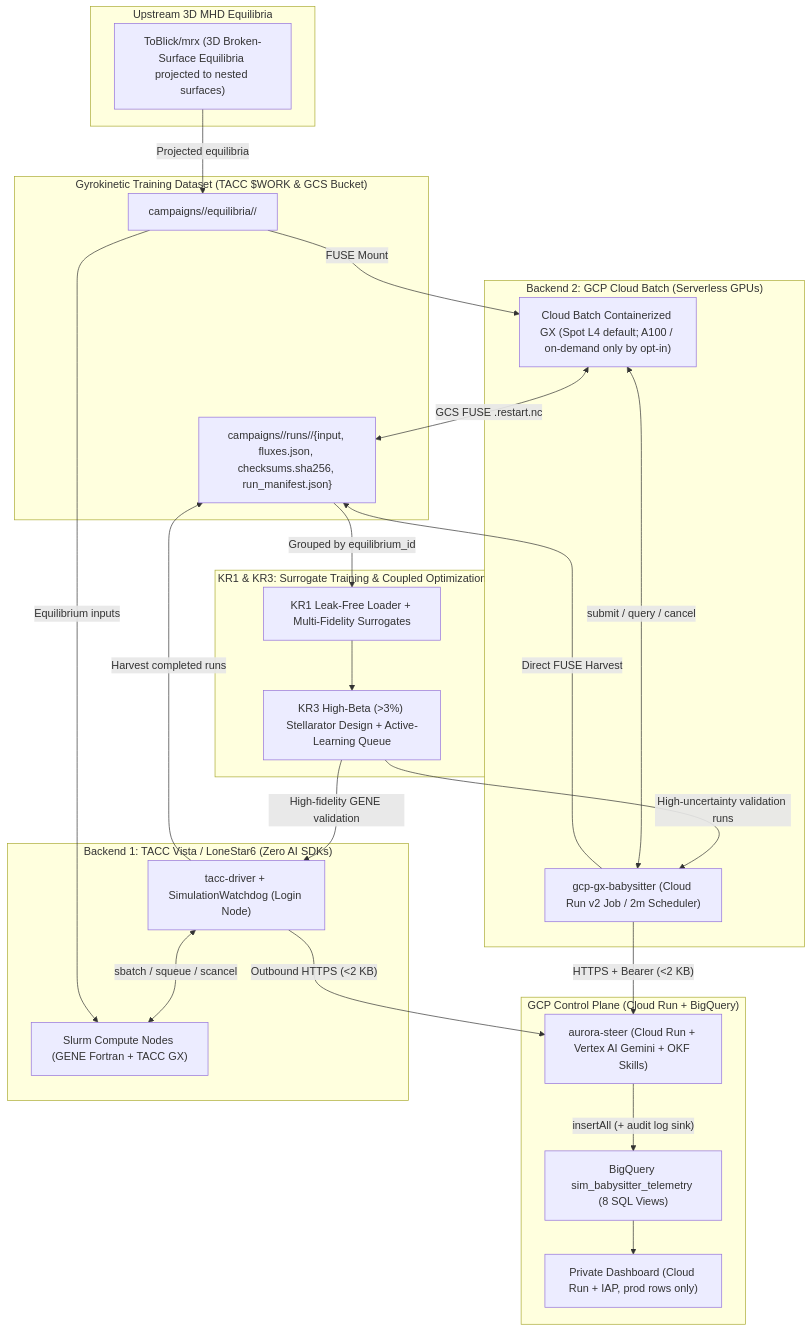
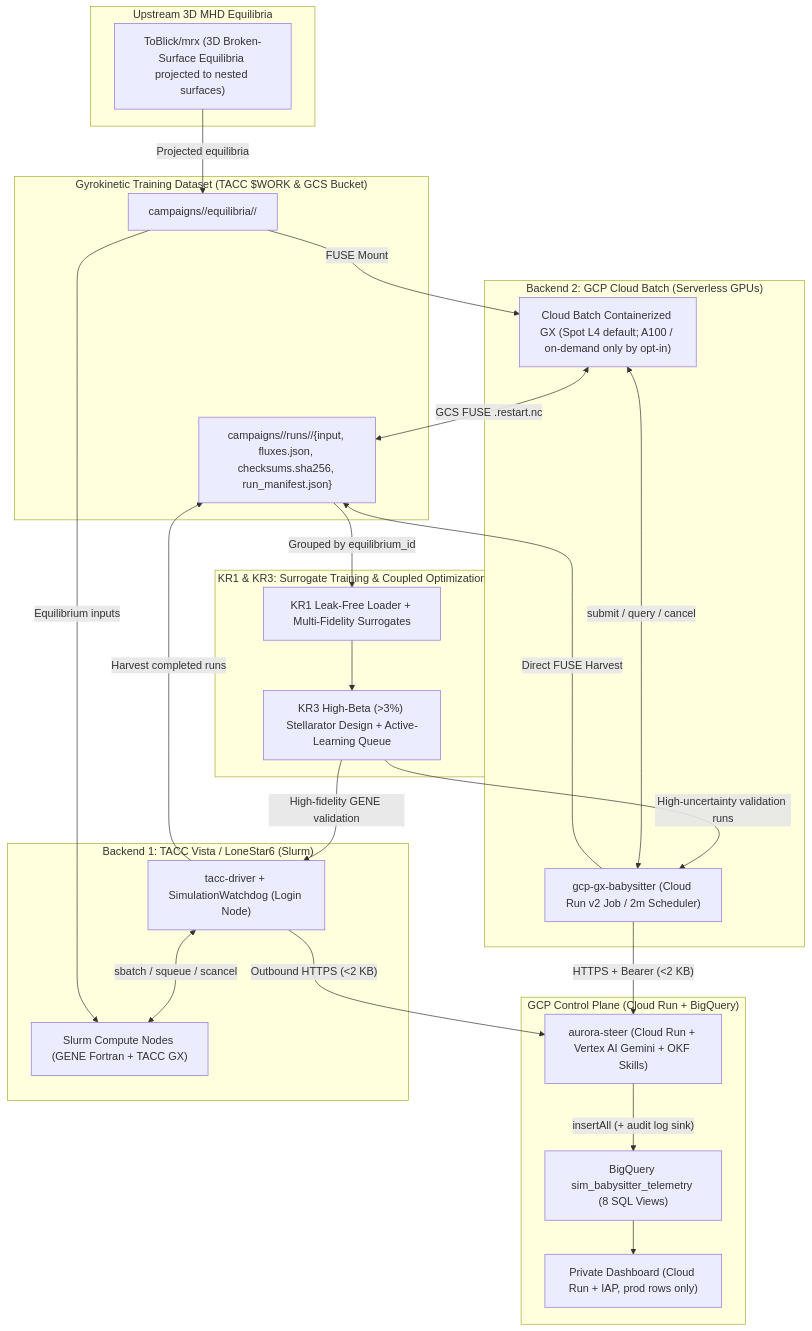
The first of 2 diagrams in docs/architecture.md (jburby88/GoogleAcceleratorAutomatedGKSimulations), drawn with Mermaid before and after one commit. The commit also changed other lines of this file and 18 other files, not shown here.

````diff
--- a/docs/architecture.md
+++ b/docs/architecture.md
@@ -5,49 +5,49 @@
 ```mermaid
 flowchart TD
     subgraph EQ["Upstream 3D MHD Equilibria"]
         MRX["ToBlick/mrx (3D Broken-Surface Equilibria projected to nested surfaces)"]
     end
 
     subgraph GCP_CTRL["GCP Control Plane (Cloud Run + BigQuery)"]
         STEER["aurora-steer (Cloud Run + Vertex AI Gemini + OKF Skills)"]
         BQ["BigQuery sim_babysitter_telemetry (8 SQL Views)"]
         DASH["Private Dashboard (Cloud Run + IAP, prod rows only)"]
         STEER -->|"insertAll (+ audit log sink)"| BQ
         BQ --> DASH
     end
 
-    subgraph TACC["Backend 1: TACC Vista / LoneStar6 (Zero AI SDKs)"]
+    subgraph TACC["Backend 1: TACC Vista / LoneStar6 (Slurm)"]
         TD["tacc-driver + SimulationWatchdog (Login Node)"]
         SLURM["Slurm Compute Nodes (GENE Fortran + TACC GX)"]
         TD <-->|"sbatch / squeue / scancel"| SLURM
     end
 
     subgraph BATCH["Backend 2: GCP Cloud Batch (Serverless GPUs)"]
         GB["gcp-gx-babysitter (Cloud Run v2 Job / 2m Scheduler)"]
         CB["Cloud Batch Containerized GX (Spot L4 default; A100 / on-demand only by opt-in)"]
         GB <-->|"submit / query / cancel"| CB
     end
 
     subgraph DATA["Gyrokinetic Training Dataset (TACC $WORK & GCS Bucket)"]
         GCS_EQ["campaigns/<id>/equilibria/<equilibrium_id>/"]
         GCS_RUNS["campaigns/<id>/runs/<run_id>/{input, fluxes.json, checksums.sha256, run_manifest.json}"]
     end
 
     subgraph ML_OPT["KR1 & KR3: Surrogate Training & Coupled Optimization"]
         KR1["KR1 Leak-Free Loader + Multi-Fidelity Surrogates"]
         KR3["KR3 High-Beta (>3%) Stellarator Design + Active-Learning Queue"]
         KR1 --> KR3
     end
 
     MRX -->|"Projected equilibria"| GCS_EQ
     GCS_EQ -->|"FUSE Mount"| CB
     GCS_EQ -->|"Equilibrium inputs"| SLURM
     TD -->|"Outbound HTTPS (<2 KB)"| STEER
     GB -->|"HTTPS + Bearer (<2 KB)"| STEER
     TD -->|"Harvest completed runs"| GCS_RUNS
     CB <-->|"GCS FUSE .restart.nc"| GCS_RUNS
     GB -->|"Direct FUSE Harvest"| GCS_RUNS
     GCS_RUNS -->|"Grouped by equilibrium_id"| KR1
     KR3 -->|"High-uncertainty validation runs"| GB
     KR3 -->|"High-fidelity GENE validation"| TD
 ```
````
